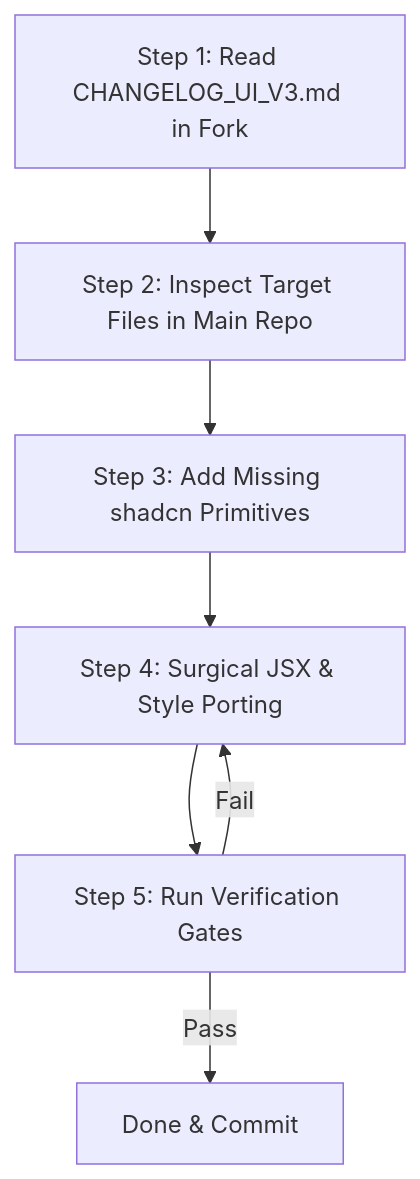
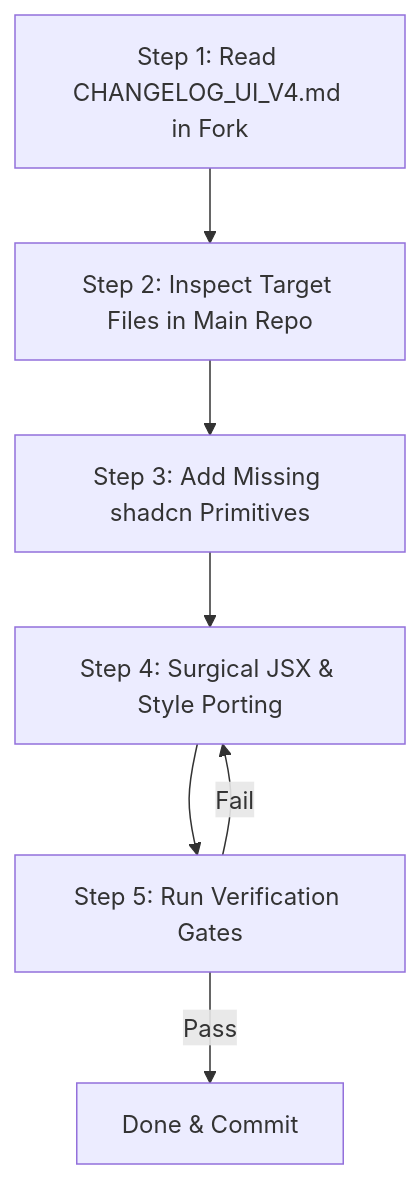
Before and after one commit to zkil27/bayanhealth-frontend: the diagram in UI_HANDOFF.md, drawn with Mermaid. The commit also changed other lines of this file and 53 other files, not shown here.

````diff
--- a/UI_HANDOFF.md
+++ b/UI_HANDOFF.md
@@ -49,9 +49,9 @@
 ```mermaid
 flowchart TD
-    A[Step 1: Read CHANGELOG_UI_V3.md in Fork] --> B[Step 2: Inspect Target Files in Main Repo]
+    A[Step 1: Read CHANGELOG_UI_V4.md in Fork] --> B[Step 2: Inspect Target Files in Main Repo]
     B --> C[Step 3: Add Missing shadcn Primitives]
     C --> D[Step 4: Surgical JSX & Style Porting]
     D --> E[Step 5: Run Verification Gates]
     E -->|Pass| F[Done & Commit]
     E -->|Fail| D
 ```
````
